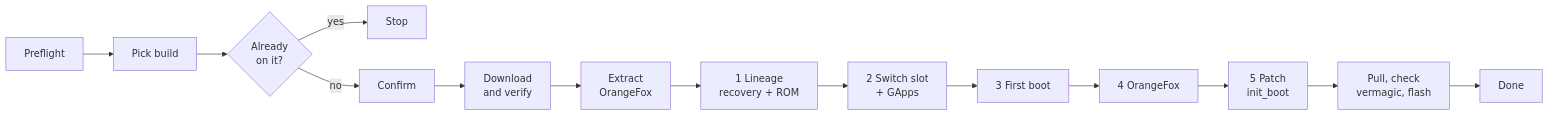
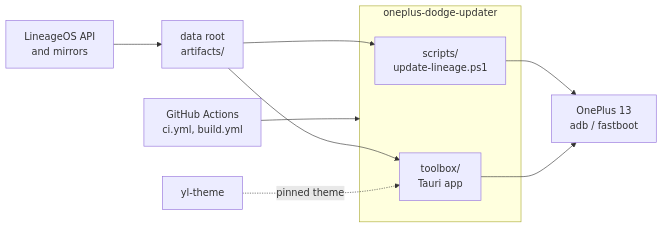
The diagram in README.md (AardeYamz/oneplus-dodge-updater), drawn with Mermaid before and after one commit. The commit also changed other lines of this file and 5 other files, not shown here.

````diff
--- a/README.md
+++ b/README.md
@@ -46,6 +12,14 @@
 ```mermaid
 flowchart LR
-    S1["Preflight"] --> S2["Pick build"] --> Q{"Already<br/>on it?"}
-    Q -- "yes" --> X["Stop"]
-    Q -- "no" --> S3["Confirm"] --> S4["Download<br/>and verify"] --> S5["Extract<br/>OrangeFox"] --> S6["1 Lineage<br/>recovery + ROM"] --> S7["2 Switch slot<br/>+ GApps"] --> S8["3 First boot"] --> S9["4 OrangeFox"] --> S10["5 Patch<br/>init_boot"] --> S11["Pull, check<br/>vermagic, flash"] --> D["Done"]
+    api["LineageOS API<br/>and mirrors"] --> data["data root<br/>artifacts/"]
+    subgraph repo["oneplus-dodge-updater"]
+        ps["scripts/<br/>update-lineage.ps1"]
+        app["toolbox/<br/>Tauri app"]
+    end
+    data --> ps
+    data --> app
+    ps --> phone["OnePlus 13<br/>adb / fastboot"]
+    app --> phone
+    theme["yl-theme"] -. "pinned theme" .-> app
+    ci["GitHub Actions<br/>ci.yml, build.yml"] --> repo
 ```
````
